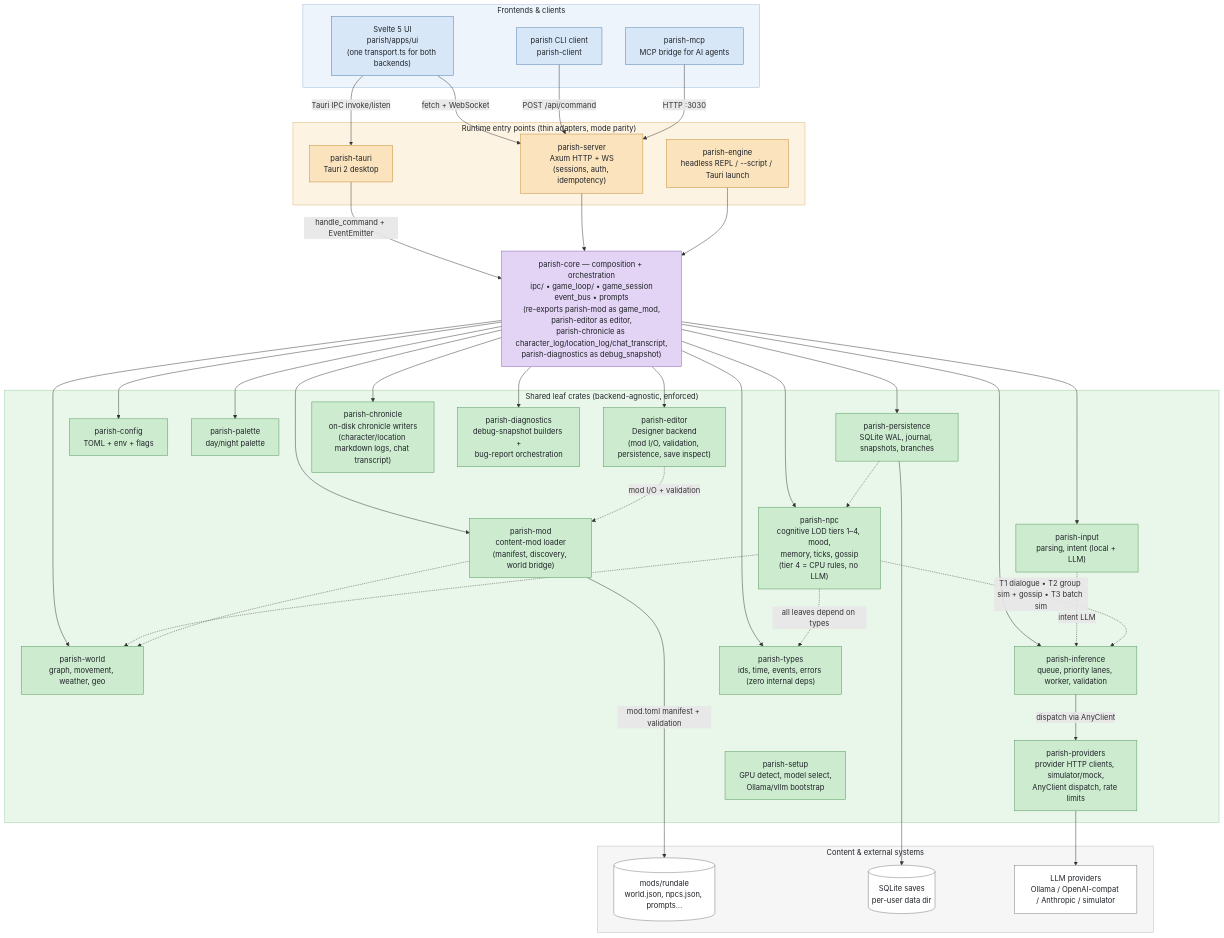
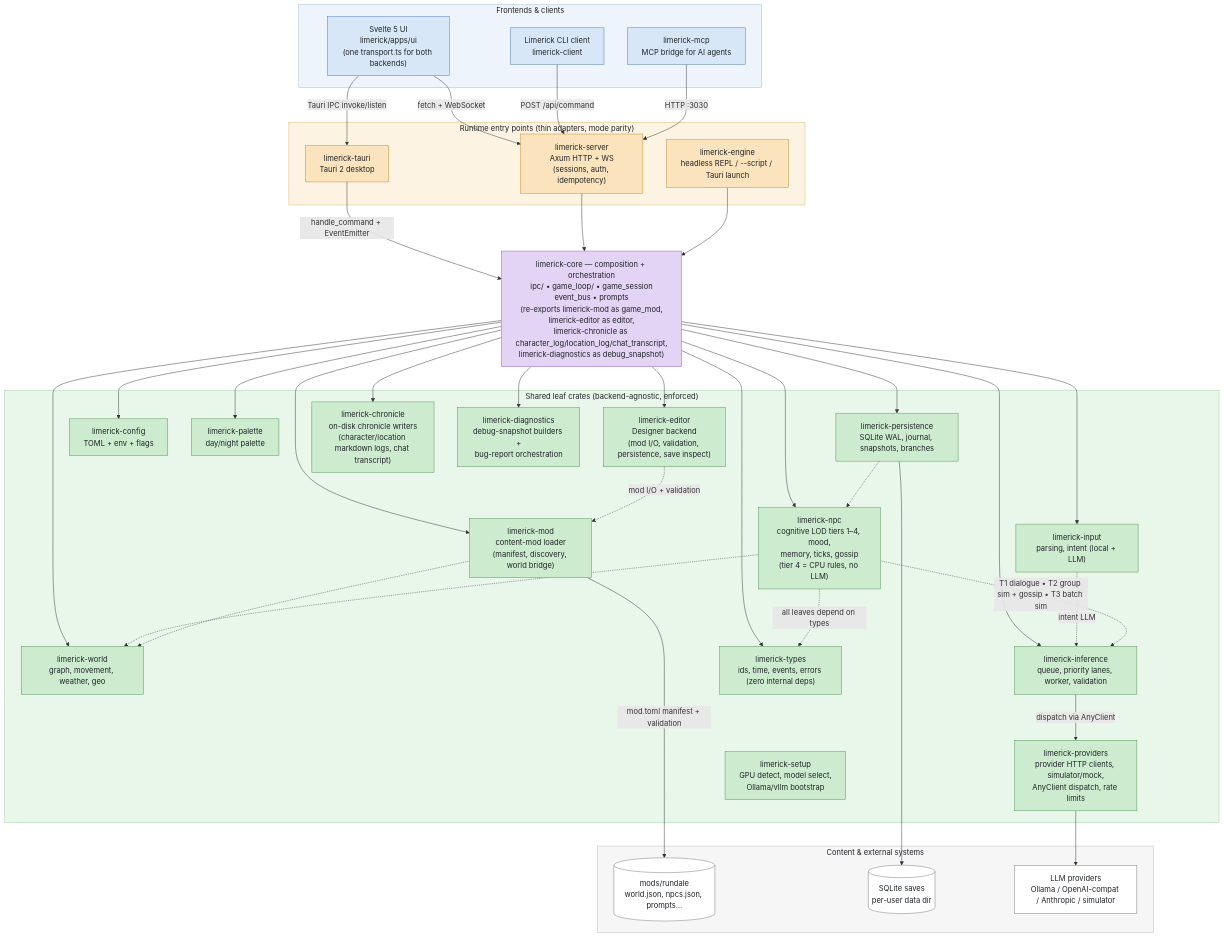
Before and after one commit to dmooney/Rundale: the second of 2 diagrams in README.md, drawn with Mermaid. The commit also changed other lines of this file and 2688 other files, not shown here.

First line of the commit message:
refactor: rename engine to Limerick (#1967)

````diff
--- a/README.md
+++ b/README.md
@@ -309,77 +309,77 @@
 ```mermaid
 flowchart TB
     subgraph clients["Frontends & clients"]
-        UI["Svelte 5 UI<br/>parish/apps/ui<br/>(one transport.ts for both backends)"]
-        CLI["parish CLI client<br/>parish-client"]
-        MCP["parish-mcp<br/>MCP bridge for AI agents"]
+        UI["Svelte 5 UI<br/>limerick/apps/ui<br/>(one transport.ts for both backends)"]
+        CLI["Limerick CLI client<br/>limerick-client"]
+        MCP["limerick-mcp<br/>MCP bridge for AI agents"]
     end
 
     subgraph entry["Runtime entry points (thin adapters, mode parity)"]
-        TAURI["parish-tauri<br/>Tauri 2 desktop"]
-        SERVER["parish-server<br/>Axum HTTP + WS<br/>(sessions, auth, idempotency)"]
-        ENGINE["parish-engine<br/>headless REPL / --script / Tauri launch"]
+        TAURI["limerick-tauri<br/>Tauri 2 desktop"]
+        SERVER["limerick-server<br/>Axum HTTP + WS<br/>(sessions, auth, idempotency)"]
+        ENGINE["limerick-engine<br/>headless REPL / --script / Tauri launch"]
     end
 
-    CORE["parish-core — composition + orchestration<br/>ipc/ • game_loop/ • game_session<br/>event_bus • prompts<br/>(re-exports parish-mod as game_mod,<br/>parish-editor as editor,<br/>parish-chronicle as character_log/location_log/chat_transcript,<br/>parish-diagnostics as debug_snapshot)"]
+    CORE["limerick-core — composition + orchestration<br/>ipc/ • game_loop/ • game_session<br/>event_bus • prompts<br/>(re-exports limerick-mod as game_mod,<br/>limerick-editor as editor,<br/>limerick-chronicle as character_log/location_log/chat_transcript,<br/>limerick-diagnostics as debug_snapshot)"]
 
     subgraph leaf["Shared leaf crates (backend-agnostic, enforced)"]
-        WORLD["parish-world<br/>graph, movement, weather, geo"]
-        NPC["parish-npc<br/>cognitive LOD tiers 1–4, mood,<br/>memory, ticks, gossip<br/>(tier 4 = CPU rules, no LLM)"]
-        INPUT["parish-input<br/>parsing, intent (local + LLM)"]
-        INFER["parish-inference<br/>queue, priority lanes, worker, validation"]
-        PROVIDERS["parish-providers<br/>provider HTTP clients, simulator/mock,<br/>AnyClient dispatch, rate limits"]
-        SETUP["parish-setup<br/>GPU detect, model select,<br/>Ollama/vllm bootstrap"]
-        PERSIST["parish-persistence<br/>SQLite WAL, journal, snapshots, branches"]
-        CONFIG["parish-config<br/>TOML + env + flags"]
-        PALETTE["parish-palette<br/>day/night palette"]
-        MOD["parish-mod<br/>content-mod loader<br/>(manifest, discovery, world bridge)"]
-        EDITOR["parish-editor<br/>Designer backend<br/>(mod I/O, validation, persistence, save inspect)"]
-        CHRONICLE["parish-chronicle<br/>on-disk chronicle writers<br/>(character/location markdown logs, chat transcript)"]
-        DIAG["parish-diagnostics<br/>debug-snapshot builders +<br/>bug-report orchestration"]
-        TYPES["parish-types<br/>ids, time, events, errors (zero internal deps)"]
+        WORLD["limerick-world<br/>graph, movement, weather, geo"]
+        NPC["limerick-npc<br/>cognitive LOD tiers 1–4, mood,<br/>memory, ticks, gossip<br/>(tier 4 = CPU rules, no LLM)"]
+        INPUT["limerick-input<br/>parsing, intent (local + LLM)"]
+        INFER["limerick-inference<br/>queue, priority lanes, worker, validation"]
+        PROVIDERS["limerick-providers<br/>provider HTTP clients, simulator/mock,<br/>AnyClient dispatch, rate limits"]
+        SETUP["limerick-setup<br/>GPU detect, model select,<br/>Ollama/vllm bootstrap"]
+        PERSIST["limerick-persistence<br/>SQLite WAL, journal, snapshots, branches"]
+        CONFIG["limerick-config<br/>TOML + env + flags"]
+        PALETTE["limerick-palette<br/>day/night palette"]
+        MOD["limerick-mod<br/>content-mod loader<br/>(manifest, discovery, world bridge)"]
+        EDITOR["limerick-editor<br/>Designer backend<br/>(mod I/O, validation, persistence, save inspect)"]
+        CHRONICLE["limerick-chronicle<br/>on-disk chronicle writers<br/>(character/location markdown logs, chat transcript)"]
+        DIAG["limerick-diagnostics<br/>debug-snapshot builders +<br/>bug-report orchestration"]
+        TYPES["limerick-types<br/>ids, time, events, errors (zero internal deps)"]
     end
 
     subgraph external["Content & external systems"]
         MODS[("mods/rundale<br/>world.json, npcs.json, prompts…")]
         DB[("SQLite saves<br/>per-user data dir")]
         LLM["LLM providers<br/>Ollama / OpenAI-compat / Anthropic / simulator"]
     end
 
     UI -- "Tauri IPC invoke/listen" --> TAURI
     UI -- "fetch + WebSocket" --> SERVER
     CLI -- "POST /api/command" --> SERVER
     MCP -- "HTTP :3030" --> SERVER
 
     TAURI -- "handle_command + EventEmitter" --> CORE
     SERVER --> CORE
     ENGINE --> CORE
 
     CORE --> WORLD & NPC & INPUT & INFER & PERSIST & CONFIG & PALETTE & MOD & EDITOR & CHRONICLE & DIAG & TYPES
     INPUT -. "intent LLM" .-> INFER
     NPC -. "T1 dialogue • T2 group sim + gossip • T3 batch sim" .-> INFER
     NPC -.-> WORLD
     PERSIST -.-> NPC
     MOD -.-> WORLD
     EDITOR -. "mod I/O + validation" .-> MOD
     NPC -. "all leaves depend on types" .-> TYPES
 
     MOD -- "mod.toml manifest + validation" --> MODS
     PERSIST --> DB
     INFER -- "dispatch via AnyClient" --> PROVIDERS
     PROVIDERS --> LLM
 
     classDef clientNode fill:#d7e7f7,stroke:#4a7aab,color:#1f2328
     classDef entryNode fill:#fae3bd,stroke:#c08a2e,color:#1f2328
     classDef coreNode fill:#e3d3f4,stroke:#8a5fb8,color:#1f2328
     classDef leafNode fill:#cdeccf,stroke:#4f9457,color:#1f2328
     classDef extNode fill:#ffffff,stroke:#777777,color:#1f2328
     class UI,CLI,MCP clientNode
     class TAURI,SERVER,ENGINE entryNode
     class CORE coreNode
     class WORLD,NPC,INPUT,INFER,PROVIDERS,SETUP,PERSIST,CONFIG,PALETTE,MOD,EDITOR,CHRONICLE,DIAG,TYPES leafNode
     class MODS,DB,LLM extNode
     style clients fill:#eef4fb,stroke:#9db8d4,color:#1f2328
     style entry fill:#fdf3e3,stroke:#d8b873,color:#1f2328
     style leaf fill:#e9f6ea,stroke:#9ccca0,color:#1f2328
     style external fill:#f6f6f6,stroke:#bbbbbb,color:#1f2328
 ```
````
